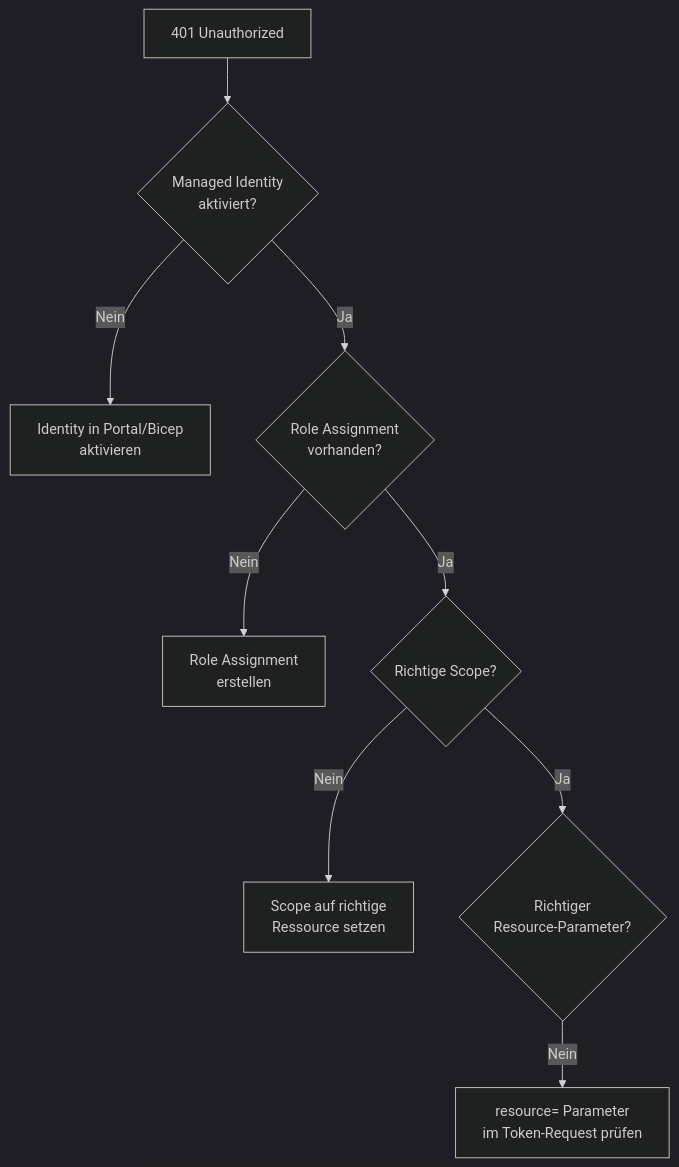
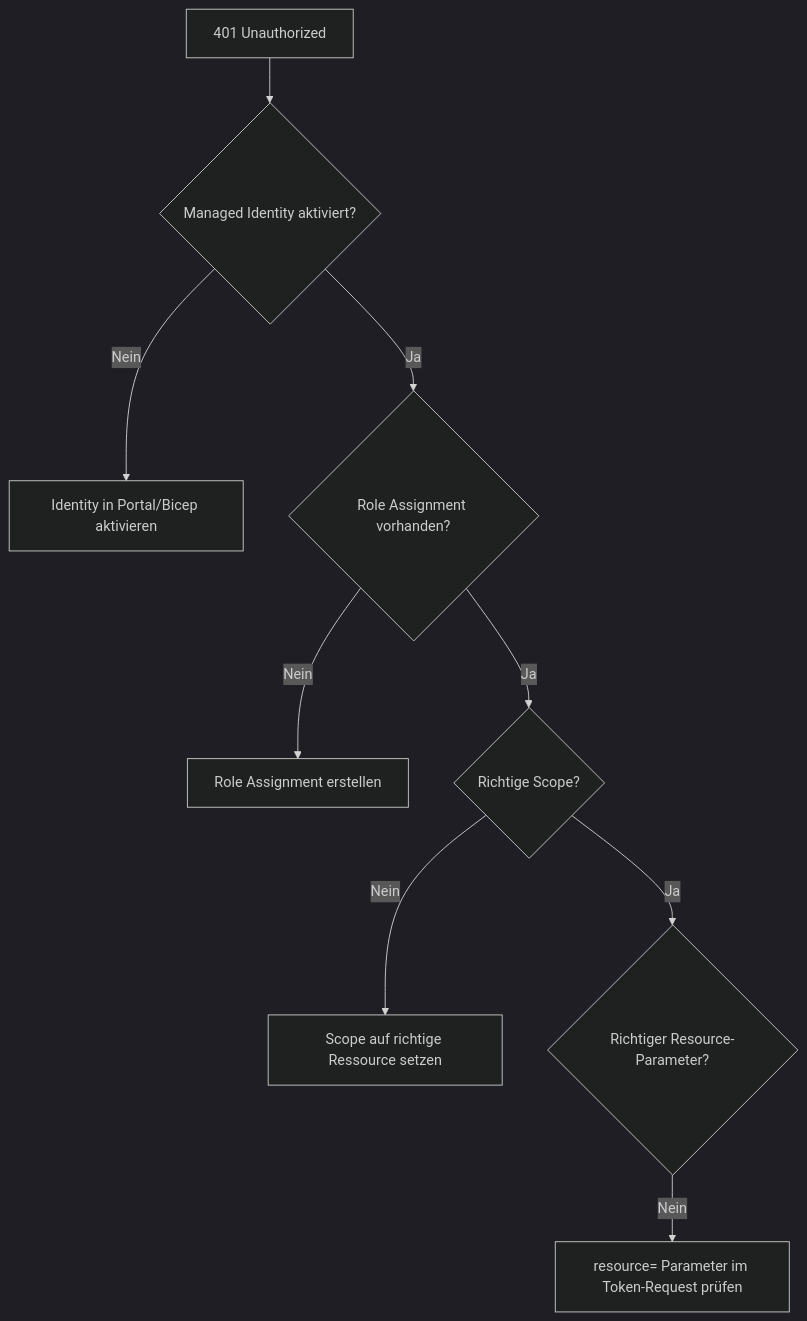
Before and after one commit to SoniiiT/notes-n-docs: the fifth of 5 diagrams in Microsoft 365/Azure/Identität und Schlüssel/Azure Managed Identities.md, drawn with Mermaid (dark theme). The commit also changed other lines of this file and 124 other files, not shown here.

First line of the commit message:
fix: Entferne \n aus allen Mermaid-Diagrammen (125 Dateien)

````diff
--- a/Microsoft 365/Azure/Identität und Schlüssel/Azure Managed Identities.md
+++ b/Microsoft 365/Azure/Identität und Schlüssel/Azure Managed Identities.md
@@ -363,11 +363,11 @@
 ```mermaid
 graph TD
-    ERR[401 Unauthorized] --> CHK1{Managed Identity\naktiviert?}
-    CHK1 -->|Nein| FIX1[Identity in Portal/Bicep\naktivieren]
-    CHK1 -->|Ja| CHK2{Role Assignment\nvorhanden?}
-    CHK2 -->|Nein| FIX2[Role Assignment\nerstellen]
+    ERR[401 Unauthorized] --> CHK1{Managed Identity aktiviert?}
+    CHK1 -->|Nein| FIX1[Identity in Portal/Bicep aktivieren]
+    CHK1 -->|Ja| CHK2{Role Assignment vorhanden?}
+    CHK2 -->|Nein| FIX2[Role Assignment erstellen]
     CHK2 -->|Ja| CHK3{Richtige Scope?}
-    CHK3 -->|Nein| FIX3[Scope auf richtige\nRessource setzen]
-    CHK3 -->|Ja| CHK4{Richtiger\nResource-Parameter?}
-    CHK4 -->|Nein| FIX4[resource= Parameter\nim Token-Request prüfen]
+    CHK3 -->|Nein| FIX3[Scope auf richtige Ressource setzen]
+    CHK3 -->|Ja| CHK4{Richtiger Resource-Parameter?}
+    CHK4 -->|Nein| FIX4[resource= Parameter im Token-Request prüfen]
 ```
````
